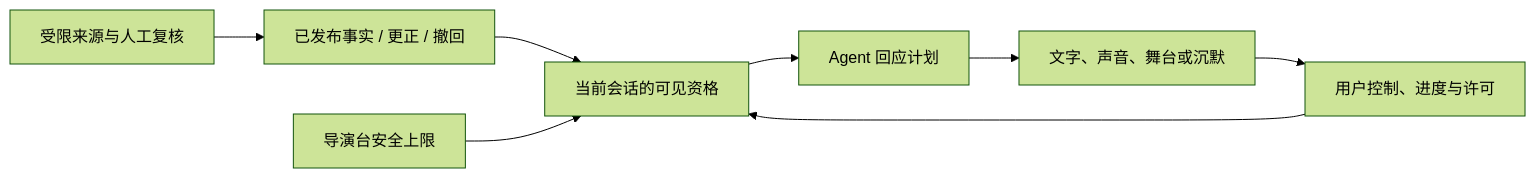
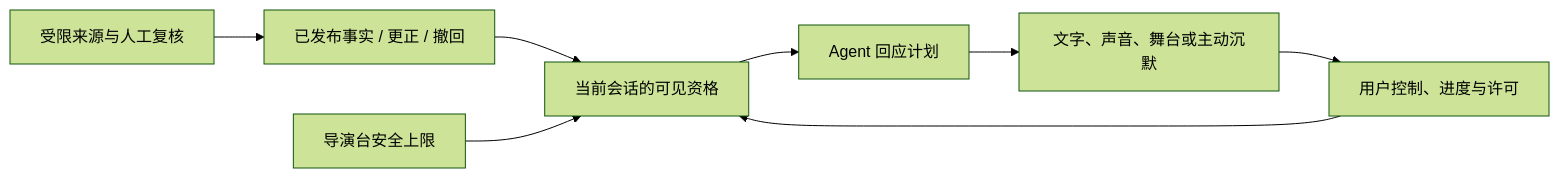
Before and after one commit to weiz98417-crypto/qiuqiu: the seventh of 8 diagrams in docs/球球全套资料/4.产品设计/33A-数字球友Agent运行时与决策编排设计.md, drawn with Mermaid (forest theme). The commit also changed other lines of this file and 49 other files, not shown here.

```diff
--- a/docs/球球全套资料/4.产品设计/33A-数字球友Agent运行时与决策编排设计.md
+++ b/docs/球球全套资料/4.产品设计/33A-数字球友Agent运行时与决策编排设计.md
@@ -501,10 +580,10 @@
 ~~~mermaid
 flowchart LR
     S["受限来源与人工复核"] --> F["已发布事实 / 更正 / 撤回"]
     F --> G["当前会话的可见资格"]
     O["导演台安全上限"] --> G
     U["用户控制、进度与许可"] --> G
     G --> A["Agent 回应计划"]
-    A --> C["文字、声音、舞台或沉默"]
+    A --> C["文字、声音、舞台或主动沉默"]
     C --> U
 ~~~
```
